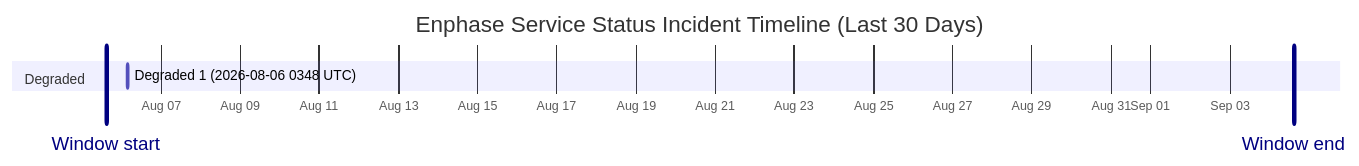
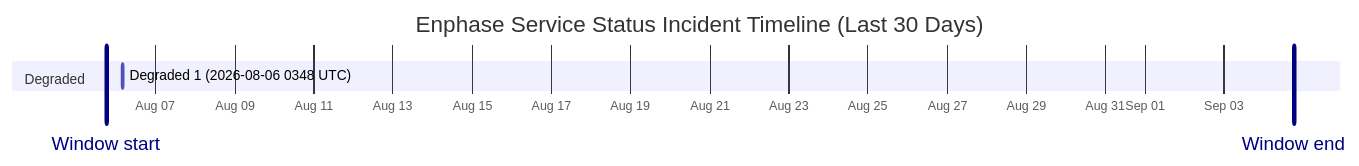
Before and after one commit to barneyonline/ha-enphase-energy: the diagram in wiki/Service-Status-History.md, drawn with Mermaid. The commit also changed other lines of this file and 3 other files, not shown here.

````diff
--- a/wiki/Service-Status-History.md
+++ b/wiki/Service-Status-History.md
@@ -14,10 +14,10 @@
 ```mermaid
 gantt
     title Enphase Service Status Incident Timeline (Last 30 Days)
     dateFormat  YYYY-MM-DDTHH:mm:ss
     axisFormat  %b %d
-    Window start :vert, window-start, 2026-08-05T14:47:01, 0ms
-    Window end :vert, window-end, 2026-09-04T14:47:01, 0ms
+    Window start :vert, window-start, 2026-08-05T18:05:57, 0ms
+    Window end :vert, window-end, 2026-09-04T18:05:57, 0ms
     section Degraded
     Degraded 1 (2026-08-06 0348 UTC) :active, degraded-1, 2026-08-06T03:48:14, 60m
 ```
````
